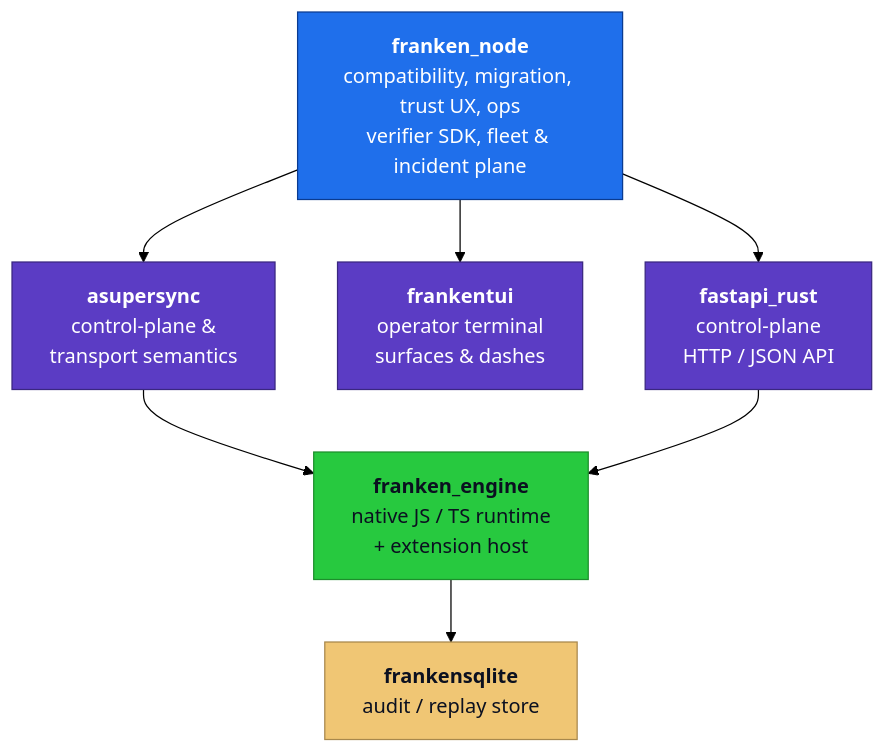
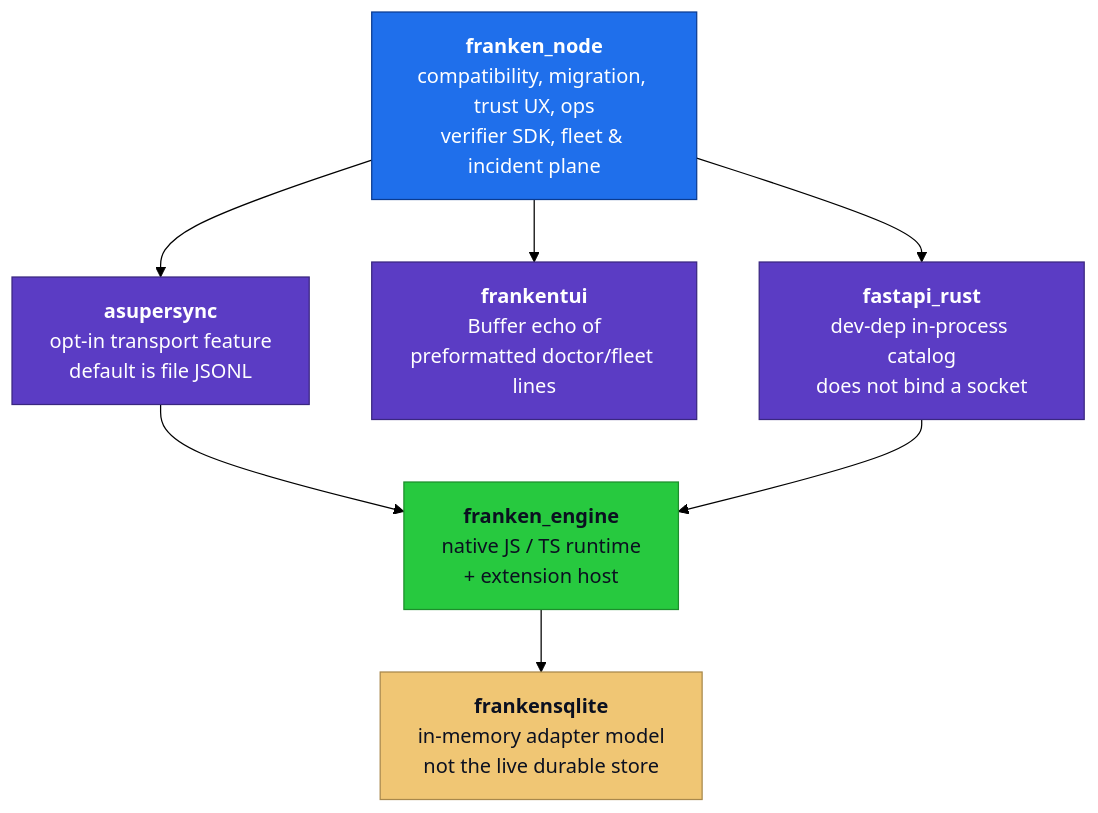
One commit to Dicklesworthstone/franken_node changed the first of 4 diagrams in README.md. Above: the diagram before and after it, drawn with Mermaid (forest theme). The commit also changed other lines of this file and 11 other files, not shown here.

First line of the commit message:
docs(cli): describe fleet/verify/remotecap as local file-transport, not a live cluster

````diff
--- a/README.md
+++ b/README.md
@@ -1021,25 +1023,25 @@
 ```mermaid
 flowchart TB
     fn["<b>franken_node</b><br/>compatibility, migration, trust UX, ops<br/>verifier SDK, fleet &amp; incident plane"]
-    asu["<b>asupersync</b><br/>control-plane &amp;<br/>transport semantics"]
-    ftui["<b>frankentui</b><br/>operator terminal<br/>surfaces &amp; dashes"]
-    fapi["<b>fastapi_rust</b><br/>control-plane<br/>HTTP / JSON API"]
+    asu["<b>asupersync</b><br/>opt-in transport feature<br/>default is file JSONL"]
+    ftui["<b>frankentui</b><br/>Buffer echo of<br/>preformatted doctor/fleet lines"]
+    fapi["<b>fastapi_rust</b><br/>dev-dep in-process catalog<br/>does not bind a socket"]
     feng["<b>franken_engine</b><br/>native JS / TS runtime<br/>+ extension host"]
-    fsql["<b>frankensqlite</b><br/>audit / replay store"]
+    fsql["<b>frankensqlite</b><br/>in-memory adapter model<br/>not the live durable store"]
 
     fn --> asu
     fn --> ftui
     fn --> fapi
     asu --> feng
     fapi --> feng
     feng --> fsql
 
     classDef product fill:#1f6feb,color:#fff,stroke:#0a3b91,stroke-width:1px;
     classDef plane fill:#5b3cc4,color:#fff,stroke:#3a2780,stroke-width:1px;
     classDef substrate fill:#27c93f,color:#0b1020,stroke:#1d8e2c,stroke-width:1px;
     classDef store fill:#f0c674,color:#0b1020,stroke:#a8884c,stroke-width:1px;
     class fn product;
     class asu,ftui,fapi plane;
     class feng substrate;
     class fsql store;
 ```
````
